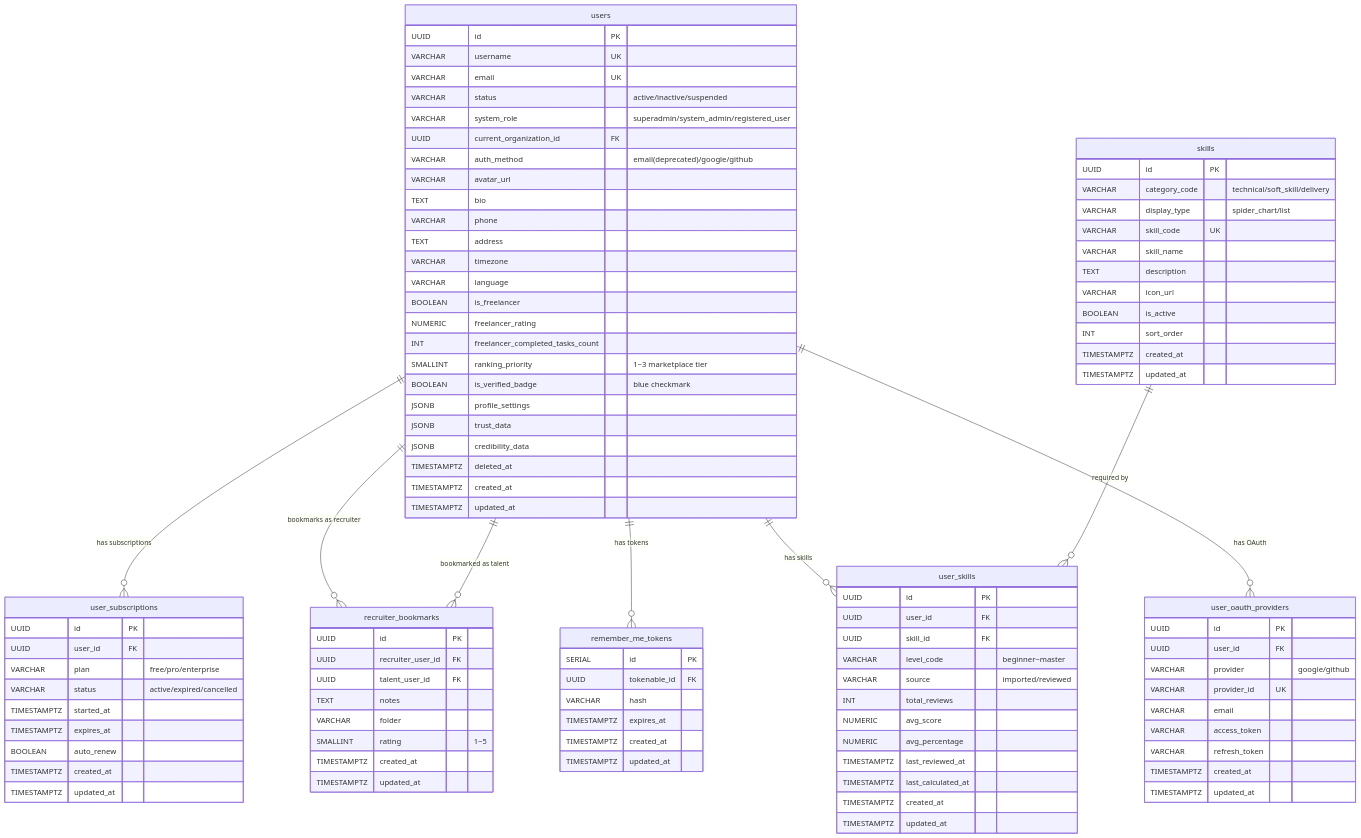
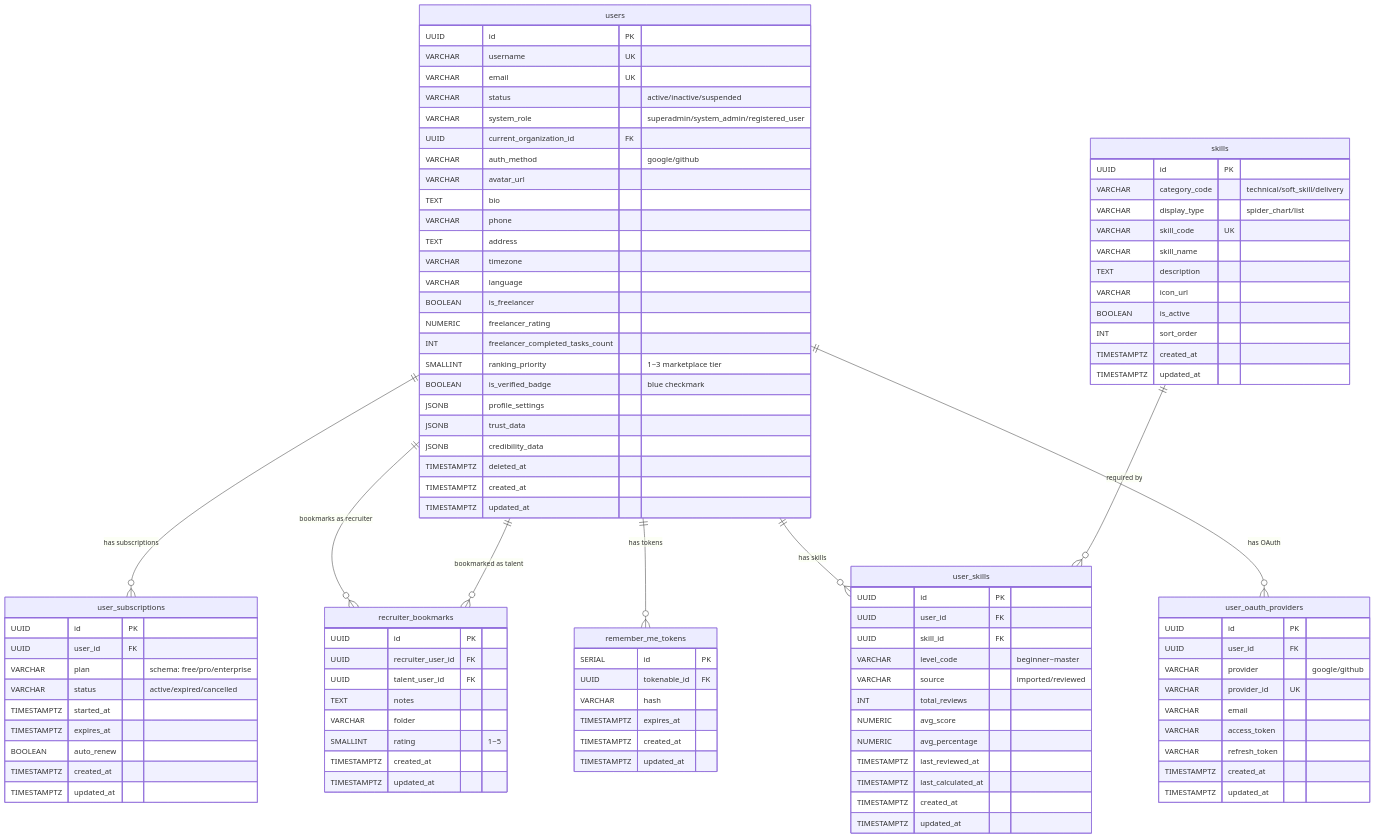
One commit to DuyetTN3112/Suar changed the diagram in diagram/ERD/erd_01_user_auth_skills.mmd. Above: the diagram before and after it, drawn with Mermaid. The commit also changed other lines of this file and 39 other files, not shown here.

Commit message:
docs: refresh diagrams

```diff
--- a/diagram/ERD/erd_01_user_auth_skills.mmd
+++ b/diagram/ERD/erd_01_user_auth_skills.mmd
@@ -1,117 +1,122 @@
 
 %% ERD: User, Auth, Skills Domain
 %% Source: app/models/user.ts, user_o_auth_provider.ts, skill.ts,
-%%         user_skill.ts, user_subscription.ts, recruiter_bookmark.ts + remember_me_tokens (framework)
+%%         user_skill.ts, recruiter_bookmark.ts,
+%%         docs/db/suar_postgresql_v3 copy.sql + remember_me_tokens (framework)
 %% Scope: Columns match @column decorators exactly.
-%%         auth_method: 'email' (deprecated) | google | github.
+%%         auth_method: google | github.
 %%         recruiter_bookmarks has NO routes/controllers wired.
 %%         v3.1: ranking_priority, is_verified_badge, user_subscriptions, user_skills.source
+%% NOTE 2026-03-28:
+%%   - Product intent: subscription là của user account, gồm Free/base + Pro + Pro Max.
+%%   - SQL reference hiện vẫn đang để user_subscriptions.plan = free/pro/enterprise.
+%%   - Diagram này ưu tiên phản ánh schema hiện tại và ghi chú drift sản phẩm riêng.
 erDiagram
     users {
         UUID id PK
         VARCHAR username UK
         VARCHAR email UK
         VARCHAR status "active/inactive/suspended"
         VARCHAR system_role "superadmin/system_admin/registered_user"
         UUID current_organization_id FK
-        VARCHAR auth_method "email(deprecated)/google/github"
+        VARCHAR auth_method "google/github"
         VARCHAR avatar_url
         TEXT bio
         VARCHAR phone
         TEXT address
         VARCHAR timezone
         VARCHAR language
         BOOLEAN is_freelancer
         NUMERIC freelancer_rating
         INT freelancer_completed_tasks_count
         SMALLINT ranking_priority "1~3 marketplace tier"
         BOOLEAN is_verified_badge "blue checkmark"
         JSONB profile_settings
         JSONB trust_data
         JSONB credibility_data
         TIMESTAMPTZ deleted_at
         TIMESTAMPTZ created_at
         TIMESTAMPTZ updated_at
     }
 
     user_oauth_providers {
         UUID id PK
         UUID user_id FK
         VARCHAR provider "google/github"
         VARCHAR provider_id UK
         VARCHAR email
         VARCHAR access_token
         VARCHAR refresh_token
         TIMESTAMPTZ created_at
         TIMESTAMPTZ updated_at
     }
 
     remember_me_tokens {
         SERIAL id PK
         UUID tokenable_id FK
         VARCHAR hash
         TIMESTAMPTZ expires_at
         TIMESTAMPTZ created_at
         TIMESTAMPTZ updated_at
     }
 
     skills {
         UUID id PK
         VARCHAR category_code "technical/soft_skill/delivery"
         VARCHAR display_type "spider_chart/list"
         VARCHAR skill_code UK
         VARCHAR skill_name
         TEXT description
         VARCHAR icon_url
         BOOLEAN is_active
         INT sort_order
         TIMESTAMPTZ created_at
         TIMESTAMPTZ updated_at
     }
 
     user_skills {
         UUID id PK
         UUID user_id FK
         UUID skill_id FK
         VARCHAR level_code "beginner~master"
         VARCHAR source "imported/reviewed"
         INT total_reviews
         NUMERIC avg_score
         NUMERIC avg_percentage
         TIMESTAMPTZ last_reviewed_at
         TIMESTAMPTZ last_calculated_at
         TIMESTAMPTZ created_at
         TIMESTAMPTZ updated_at
     }
 
     recruiter_bookmarks {
         UUID id PK
         UUID recruiter_user_id FK
         UUID talent_user_id FK
         TEXT notes
         VARCHAR folder
         SMALLINT rating "1~5"
         TIMESTAMPTZ created_at
         TIMESTAMPTZ updated_at
     }
 
     users ||--o{ user_oauth_providers : "has OAuth"
     users ||--o{ remember_me_tokens : "has tokens"
     users ||--o{ user_skills : "has skills"
     skills ||--o{ user_skills : "required by"
     users ||--o{ recruiter_bookmarks : "bookmarks as recruiter"
     users ||--o{ recruiter_bookmarks : "bookmarked as talent"
 
     user_subscriptions {
         UUID id PK
         UUID user_id FK
-        VARCHAR plan "free/pro/enterprise"
+        VARCHAR plan "schema: free/pro/enterprise"
         VARCHAR status "active/expired/cancelled"
         TIMESTAMPTZ started_at
         TIMESTAMPTZ expires_at
         BOOLEAN auto_renew
         TIMESTAMPTZ created_at
         TIMESTAMPTZ updated_at
     }
 
     users ||--o{ user_subscriptions : "has subscriptions"
```
